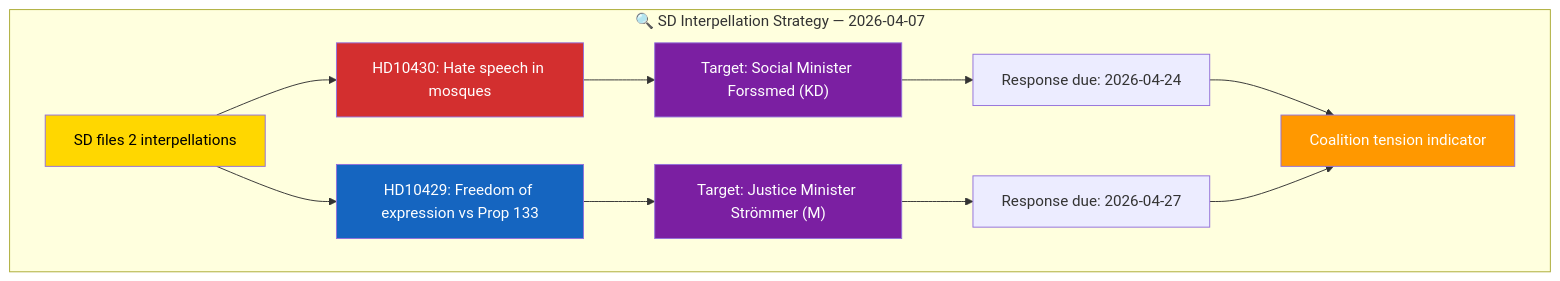
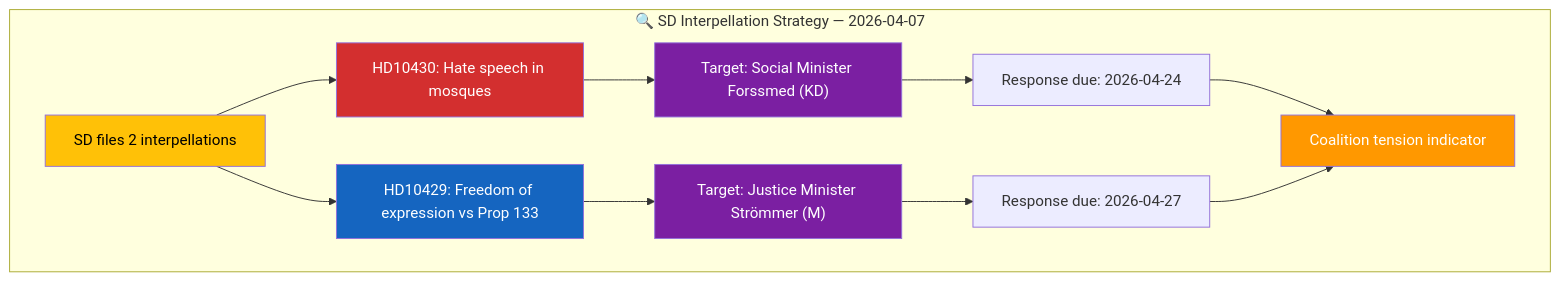
The diagram in analysis/daily/2026-04-08/interpellations/synthesis-summary.md (Hack23/riksdagsmonitor), drawn with Mermaid before and after one commit. The commit also changed 121 other files, not shown here.

````diff
--- a/analysis/daily/2026-04-08/interpellations/synthesis-summary.md
+++ b/analysis/daily/2026-04-08/interpellations/synthesis-summary.md
@@ -18,19 +18,19 @@
 ```mermaid
 graph TD
     subgraph "🔍 SD Interpellation Strategy — 2026-04-07"
         A["SD files 2 interpellations"] --> B["HD10430: Hate speech in mosques"]
         A --> C["HD10429: Freedom of expression vs Prop 133"]
         B --> D["Target: Social Minister Forssmed (KD)"]
         C --> E["Target: Justice Minister Strömmer (M)"]
         D --> F["Response due: 2026-04-24"]
         E --> G["Response due: 2026-04-27"]
         F --> H["Coalition tension indicator"]
         G --> H
     end
-    style A fill:#ffd700,color:#000000
+    style A fill:#FFC107,color:#000000
     style B fill:#D32F2F,color:#FFFFFF
     style C fill:#1565C0,color:#FFFFFF
     style D fill:#7B1FA2,color:#FFFFFF
     style E fill:#7B1FA2,color:#FFFFFF
     style H fill:#FF9800,color:#FFFFFF
 ```
````
